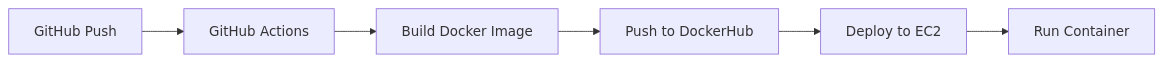
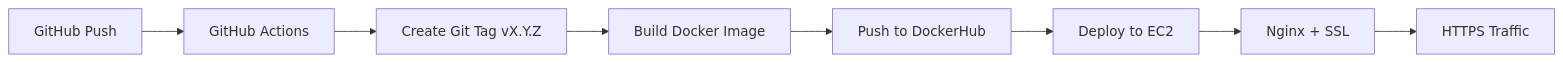
The diagram in backend/DEPLOYMENT.md (princesinghrajput/Virtual-focus-room), drawn with Mermaid before and after one commit. The commit also changed other lines of this file and 3 other files, not shown here.

````diff
--- a/backend/DEPLOYMENT.md
+++ b/backend/DEPLOYMENT.md
@@ -7,8 +7,10 @@
 ```mermaid
 graph LR
     A[GitHub Push] --> B[GitHub Actions]
-    B --> C[Build Docker Image]
-    C --> D[Push to DockerHub]
-    D --> E[Deploy to EC2]
-    E --> F[Run Container]
+    B --> C[Create Git Tag vX.Y.Z]
+    C --> D[Build Docker Image]
+    D --> E[Push to DockerHub]
+    E --> F[Deploy to EC2]
+    F --> G[Nginx + SSL]
+    G --> H[HTTPS Traffic]
 ```
````
